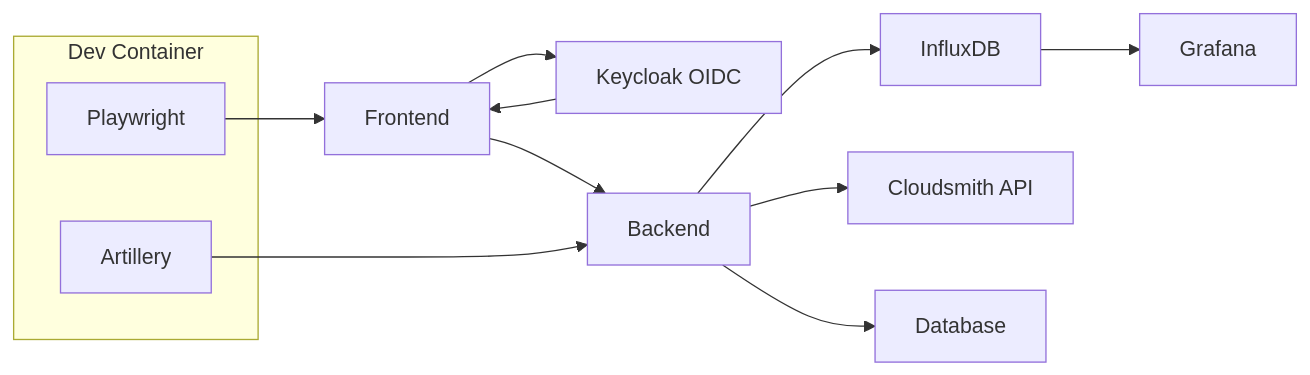
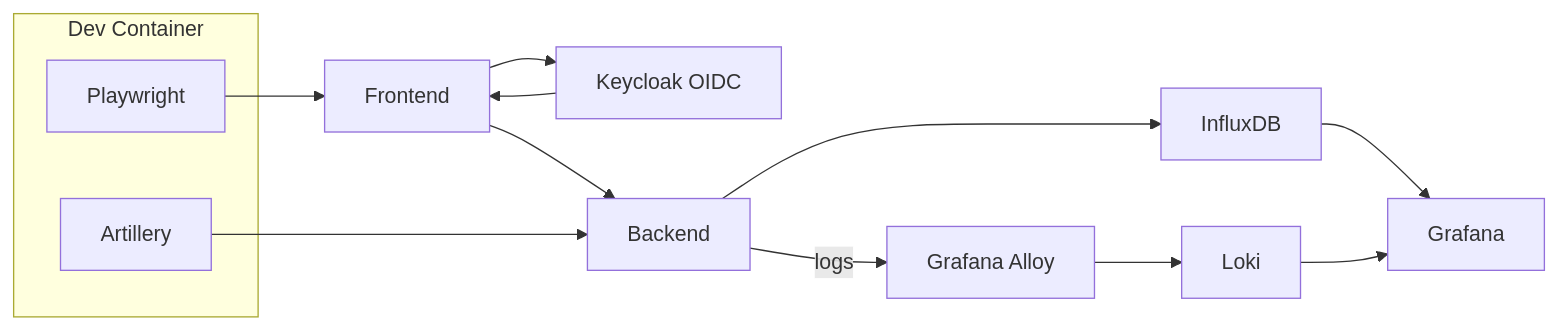
Before and after one commit to ValentinTwin1206/modern-python-devops-egineering: the diagram in docs/chapter-04/section-03.md, drawn with Mermaid. The commit also changed 26 other files, not shown here.

````diff
--- a/docs/chapter-04/section-03.md
+++ b/docs/chapter-04/section-03.md
@@ -7,16 +7,17 @@
 ```mermaid
 flowchart LR
 		F --> K["Keycloak OIDC"]
 		K --> F["Frontend"]
 		F --> A["Backend"]
 		A --> INFLUXDB["InfluxDB"]
 		INFLUXDB --> GRAFANA["Grafana"]
-		A --> C["Cloudsmith API"]
-		A --> D["Database"]
+    A -->|logs| ALLOY["Grafana Alloy"]
+    ALLOY --> LOKI["Loki"]
+    LOKI --> GRAFANA
 		subgraph DEVCONTAINER["Dev Container"]
 			PW["Playwright"]
 			ART["Artillery"]
 		end
 		PW --> F
 		ART --> A
 ```
````
